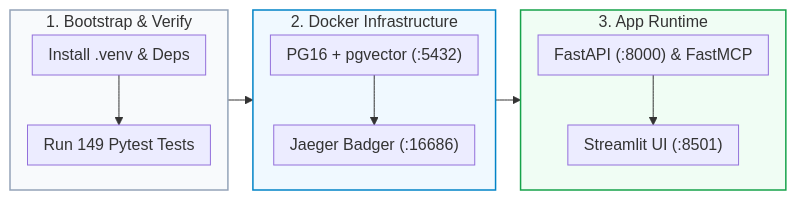
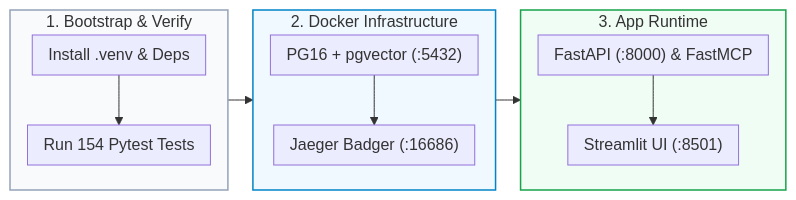
The third of 7 diagrams in README.md (Kenono2000/enterprise-rag-pgvector-rbac), drawn with Mermaid before and after one commit. The commit also changed other lines of this file and 6 other files, not shown here.

````diff
--- a/README.md
+++ b/README.md
@@ -73,20 +73,20 @@
 ```mermaid
 %%{init: {'flowchart': {'nodeSpacing': 15, 'rankSpacing': 25, 'padding': 8}}}%%
 flowchart LR
     subgraph DevBootstrap ["1. Bootstrap & Verify"]
         direction TB
-        Venv["Install .venv & Deps"] --> Pytest["Run 149 Pytest Tests"]
+        Venv["Install .venv & Deps"] --> Pytest["Run 154 Pytest Tests"]
     end
     subgraph Containers ["2. Docker Infrastructure"]
         direction TB
         PG16["PG16 + pgvector (:5432)"] --> Jaeger["Jaeger Badger (:16686)"]
     end
     subgraph Services ["3. App Runtime"]
         direction TB
         FastAPI["FastAPI (:8000) & FastMCP"] --> Streamlit["Streamlit UI (:8501)"]
     end
     DevBootstrap --> Containers --> Services
     style DevBootstrap fill:#f8fafc,stroke:#94a3b8,stroke-width:1.5px
     style Containers fill:#f0f9ff,stroke:#0284c7,stroke-width:1.5px
     style Services fill:#f0fdf4,stroke:#16a34a,stroke-width:1.5px
 ```
````
